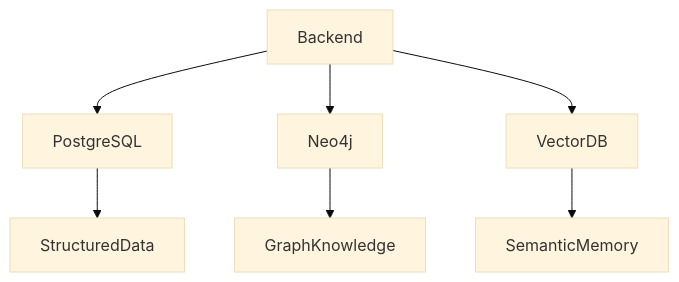
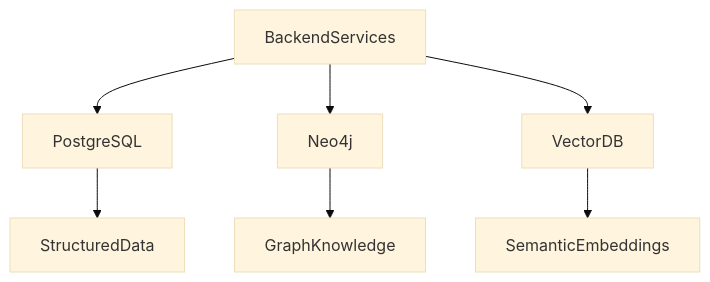
Before and after one commit to koraayoztuurk/SentinelAI: the first of 3 diagrams in docs/04-backend/database-architecture.md, drawn with Mermaid (base theme). The commit also changed other lines of this file, not shown here.

Commit message:
docs: update backend database architecture

````diff
--- a/docs/04-backend/database-architecture.md
+++ b/docs/04-backend/database-architecture.md
@@ -65,17 +65,13 @@
 ```mermaid
 flowchart TD
 
-Backend
+BackendServices
 
-Backend --> PostgreSQL
-
-Backend --> Neo4j
-
-Backend --> VectorDB
+BackendServices --> PostgreSQL
+BackendServices --> Neo4j
+BackendServices --> VectorDB
 
 PostgreSQL --> StructuredData
-
 Neo4j --> GraphKnowledge
-
-VectorDB --> SemanticMemory
+VectorDB --> SemanticEmbeddings
 ```
````
